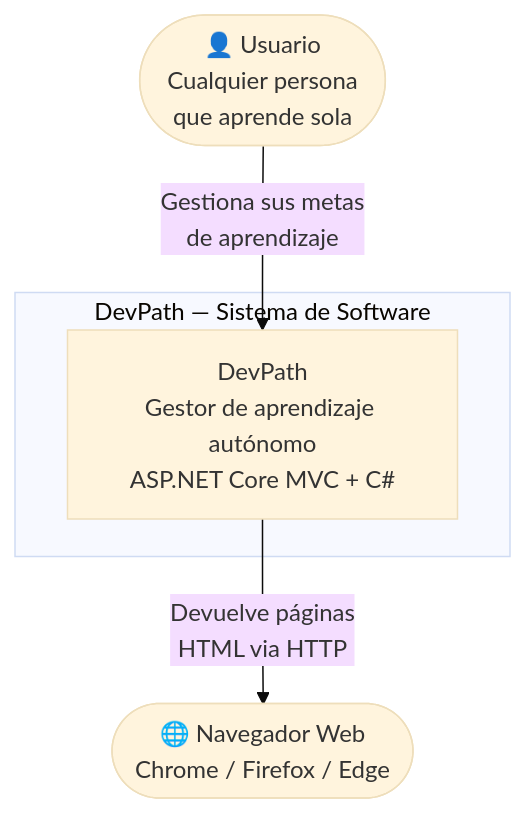
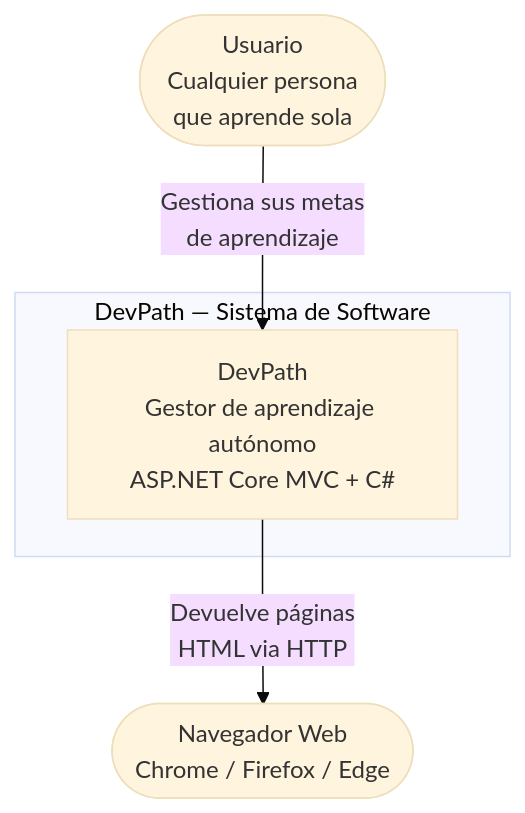
Before and after one commit to Eruviel117/DevPath: the first of 2 diagrams in docs/C4-Diagramas.md, drawn with Mermaid (base theme). The commit also changed other lines of this file, not shown here.

````diff
--- a/docs/C4-Diagramas.md
+++ b/docs/C4-Diagramas.md
@@ -8,13 +8,13 @@
 ```mermaid
 graph TD
-    Usuario([👤 Usuario\nCualquier persona\nque aprende sola])
+    Usuario([ Usuario\nCualquier persona\nque aprende sola])
     
     subgraph DevPath [DevPath — Sistema de Software]
         Sistema[DevPath\nGestor de aprendizaje autónomo\nASP.NET Core MVC + C#]
     end
     
-    Navegador([🌐 Navegador Web\nChrome / Firefox / Edge])
+    Navegador([ Navegador Web\nChrome / Firefox / Edge])
 
     Usuario -->|Gestiona sus metas\nde aprendizaje| Sistema
     Sistema -->|Devuelve páginas\nHTML via HTTP| Navegador
 ```
````
